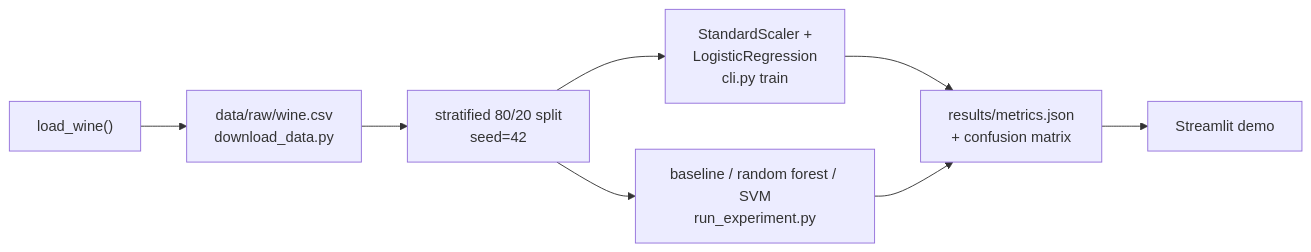
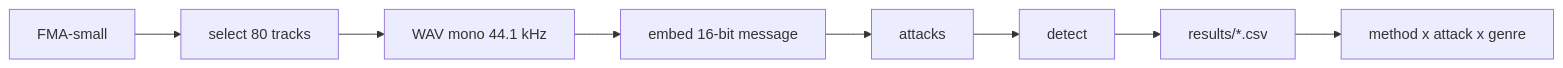
One commit to bohda6na/music-watermark-benchmark changed the diagram in README.md. Above: the diagram before and after it, drawn with Mermaid. The commit also changed other lines of this file, not shown here.

````diff
--- a/README.md
+++ b/README.md
@@ -37,10 +40,10 @@
 ```mermaid
 flowchart LR
-    A["load_wine()"] --> B["data/raw/wine.csv\ndownload_data.py"]
-    B --> C["stratified 80/20 split\nseed=42"]
-    C --> D["StandardScaler +\nLogisticRegression\ncli.py train"]
-    C --> E["baseline / random forest / SVM\nrun_experiment.py"]
-    D --> F["results/metrics.json\n+ confusion matrix"]
-    E --> F
-    F --> G["Streamlit demo"]
+    A["FMA-small"] --> B["select 80 tracks"]
+    B --> C["WAV mono 44.1 kHz"]
+    C --> D["embed 16-bit message"]
+    D --> E["attacks"]
+    E --> F["detect"]
+    F --> G["results/*.csv"]
+    G --> H["method x attack x genre"]
 ```
````
